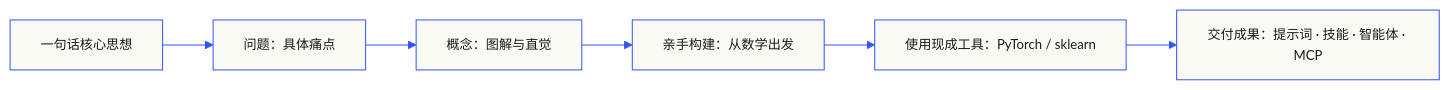
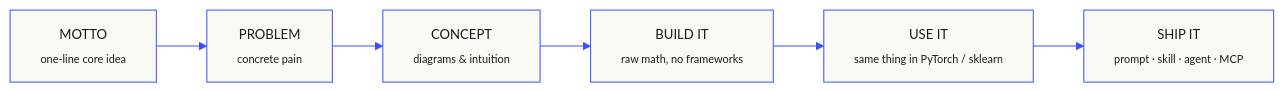
One commit to MaYangle/ai-engineering-from-scratch changed the second of 2 diagrams in i18n/zh/README.md. Above: the diagram before and after it, drawn with Mermaid. The commit also changed other lines of this file and 20 other files, not shown here.

````diff
--- a/i18n/zh/README.md
+++ b/i18n/zh/README.md
@@ -178,9 +240,9 @@
 ```mermaid
 %%{init: {'theme':'base','themeVariables':{'primaryColor':'#fafaf5','primaryTextColor':'#1a1a1a','primaryBorderColor':'#3553ff','lineColor':'#3553ff','fontFamily':'JetBrains Mono','fontSize':'13px'}}}%%
 flowchart LR
-  M["一句话核心思想"] --> Pr["问题：具体痛点"]
-  Pr --> C["概念：图解与直觉"]
-  C --> B["亲手构建：从数学出发"]
-  B --> U["使用现成工具：PyTorch / sklearn"]
-  U --> S["交付成果：提示词 · 技能 · 智能体 · MCP"]
+  M["MOTTO<br/><sub>one-line core idea</sub>"] --> Pr["PROBLEM<br/><sub>concrete pain</sub>"]
+  Pr --> C["CONCEPT<br/><sub>diagrams &amp; intuition</sub>"]
+  C --> B["BUILD IT<br/><sub>raw math, no frameworks</sub>"]
+  B --> U["USE IT<br/><sub>same thing in PyTorch / sklearn</sub>"]
+  U --> S["SHIP IT<br/><sub>prompt · skill · agent · MCP</sub>"]
 ```
````
